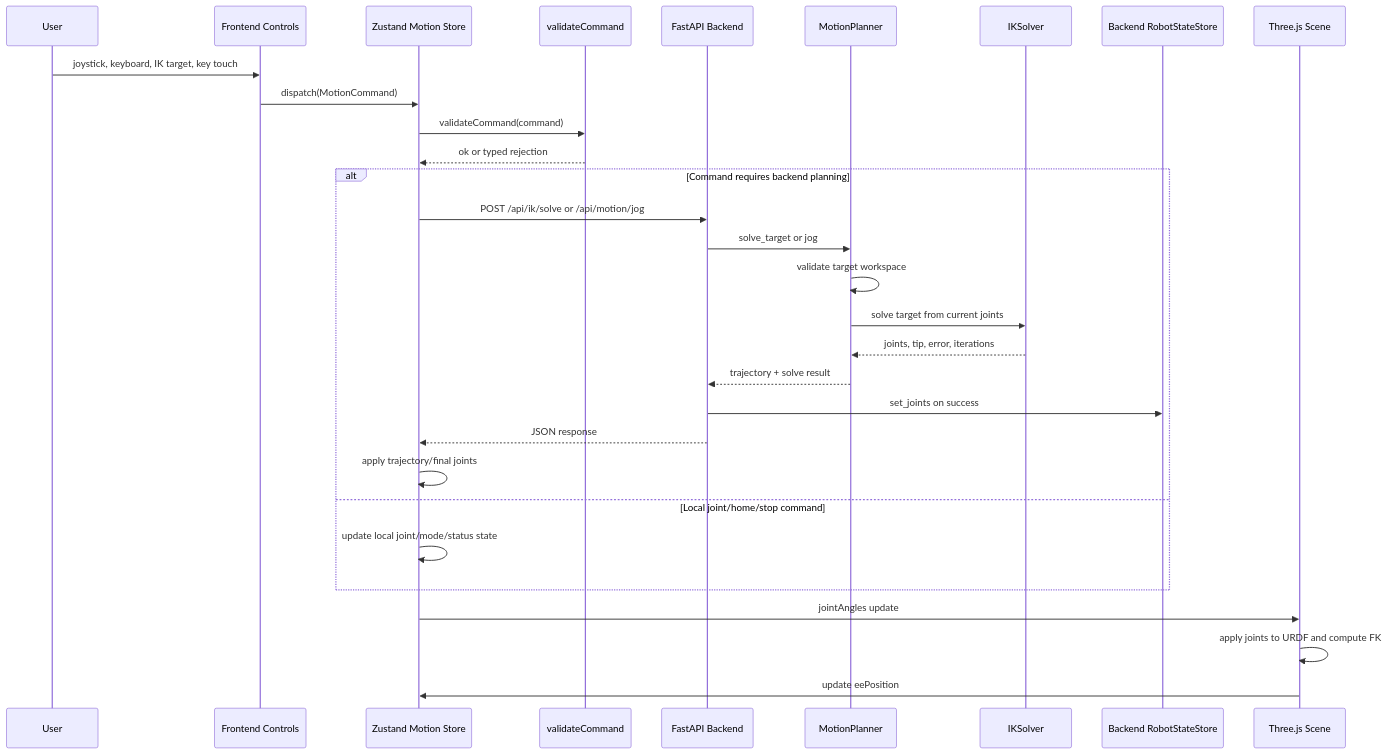
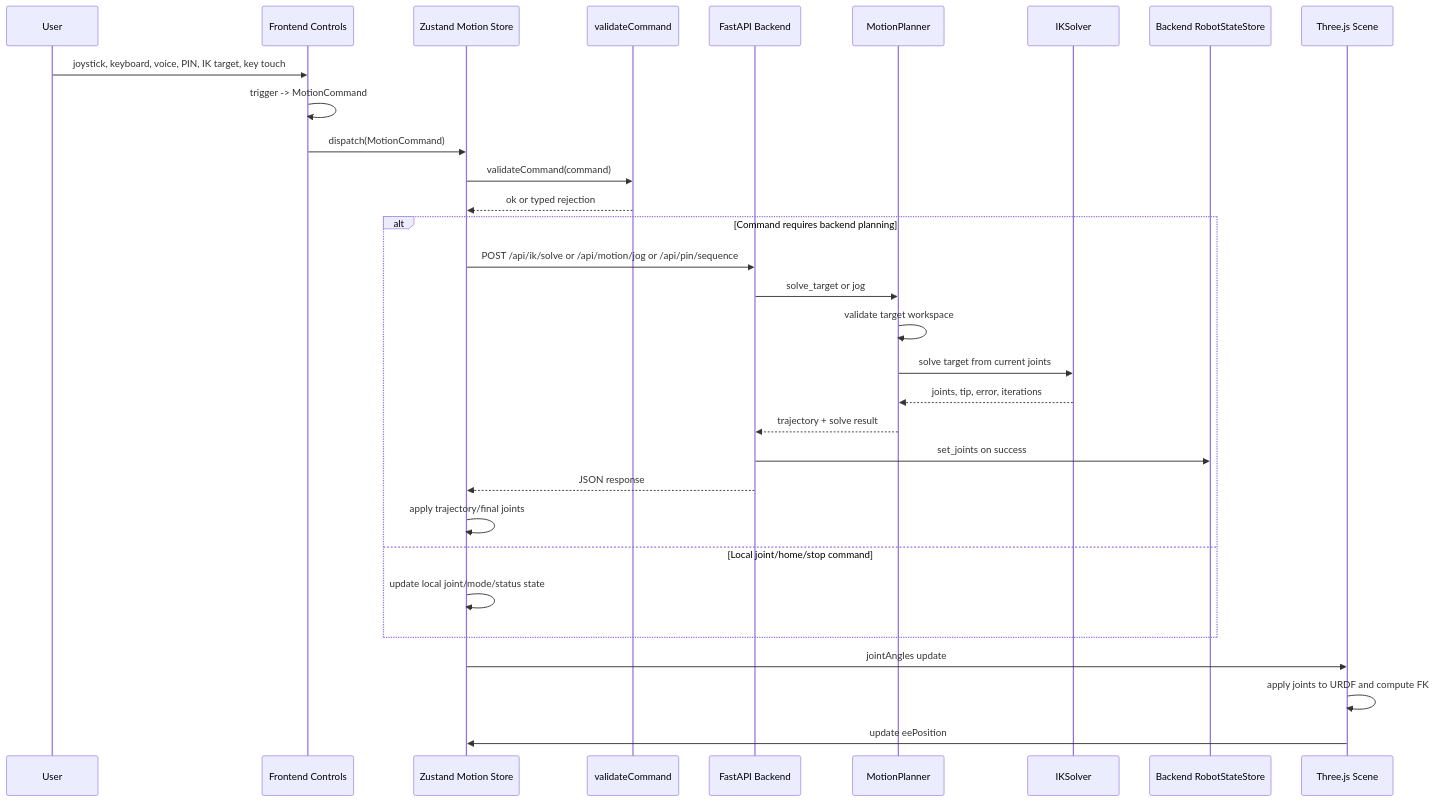
One commit to ShafayetSadi/iut-techathon-onsite changed the third of 7 diagrams in docs/architecture.md. Above: the diagram before and after it, drawn with Mermaid. The commit also changed other lines of this file and 6 other files, not shown here.

````diff
--- a/docs/architecture.md
+++ b/docs/architecture.md
@@ -109,35 +110,36 @@
 ```mermaid
 sequenceDiagram
     participant User
     participant UI as Frontend Controls
     participant Store as Zustand Motion Store
     participant Gate as validateCommand
     participant API as FastAPI Backend
     participant Planner as MotionPlanner
     participant IK as IKSolver
     participant State as Backend RobotStateStore
     participant Scene as Three.js Scene
 
-    User->>UI: joystick, keyboard, IK target, key touch
+    User->>UI: joystick, keyboard, voice, PIN, IK target, key touch
+    UI->>UI: trigger -> MotionCommand
     UI->>Store: dispatch(MotionCommand)
     Store->>Gate: validateCommand(command)
     Gate-->>Store: ok or typed rejection
 
     alt Command requires backend planning
-        Store->>API: POST /api/ik/solve or /api/motion/jog
+        Store->>API: POST /api/ik/solve or /api/motion/jog or /api/pin/sequence
         API->>Planner: solve_target or jog
         Planner->>Planner: validate target workspace
         Planner->>IK: solve target from current joints
         IK-->>Planner: joints, tip, error, iterations
         Planner-->>API: trajectory + solve result
         API->>State: set_joints on success
         API-->>Store: JSON response
         Store->>Store: apply trajectory/final joints
     else Local joint/home/stop command
         Store->>Store: update local joint/mode/status state
     end
 
     Store->>Scene: jointAngles update
     Scene->>Scene: apply joints to URDF and compute FK
     Scene->>Store: update eePosition
 ```
````
